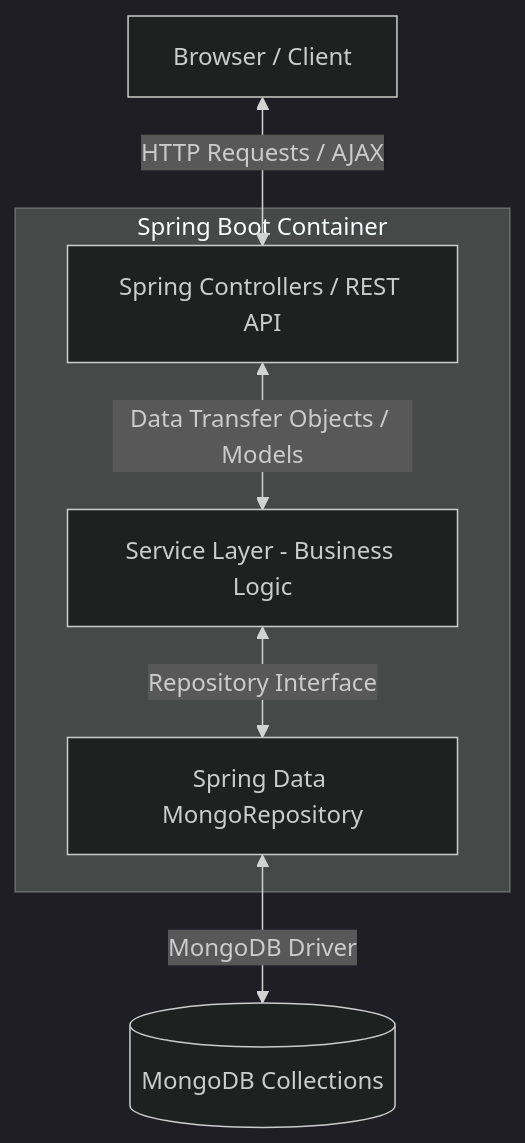
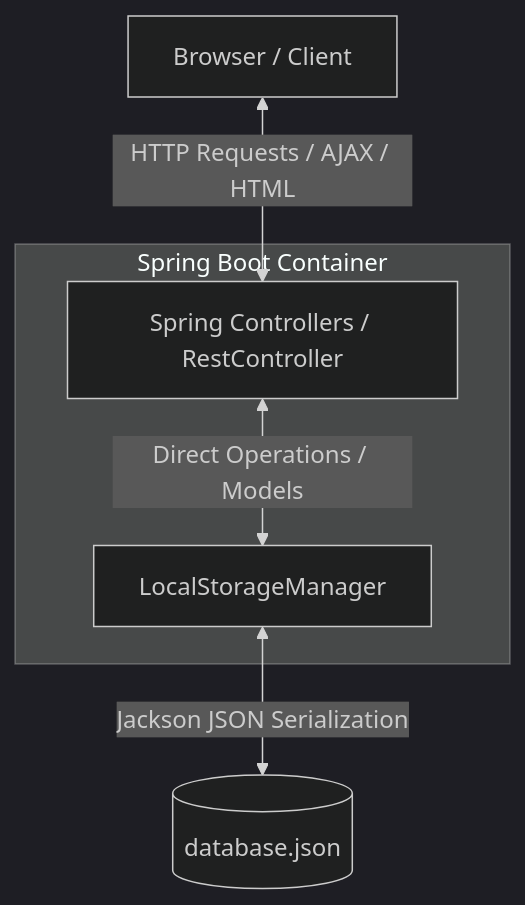
Before and after one commit to vansh16soni/LibManage_Java: the first of 4 diagrams in README.md, drawn with Mermaid (dark theme). The commit also changed other lines of this file, not shown here.

````diff
--- a/README.md
+++ b/README.md
@@ -12,13 +13,11 @@
 ```mermaid
 graph TD
-    Client[Browser / Client] <-->|HTTP Requests / AJAX| Controller[Spring Controllers / REST API]
-    Controller <-->|Data Transfer Objects / Models| Service[Service Layer - Business Logic]
-    Service <-->|Repository Interface| Repository[Spring Data MongoRepository]
-    Repository <-->|MongoDB Driver| MongoDB[(MongoDB Collections)]
+    Client[Browser / Client] <-->|HTTP Requests / AJAX / HTML| Controller[Spring Controllers / RestController]
+    Controller <-->|Direct Operations / Models| Storage[LocalStorageManager]
+    Storage <-->|Jackson JSON Serialization| DB[(database.json)]
     
     subgraph Spring Boot Container
         Controller
-        Service
-        Repository
+        Storage
     end
 ```
````
